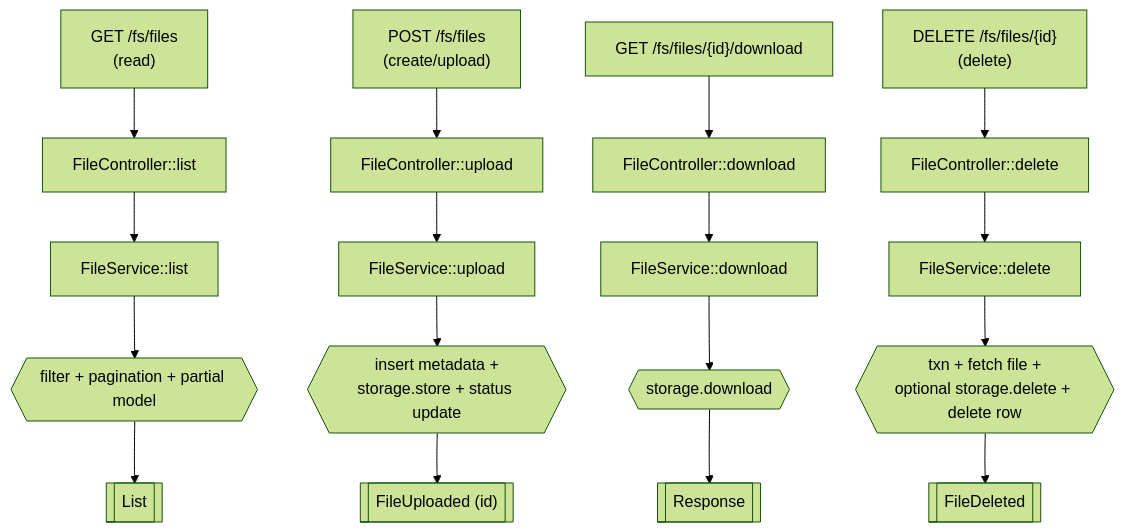
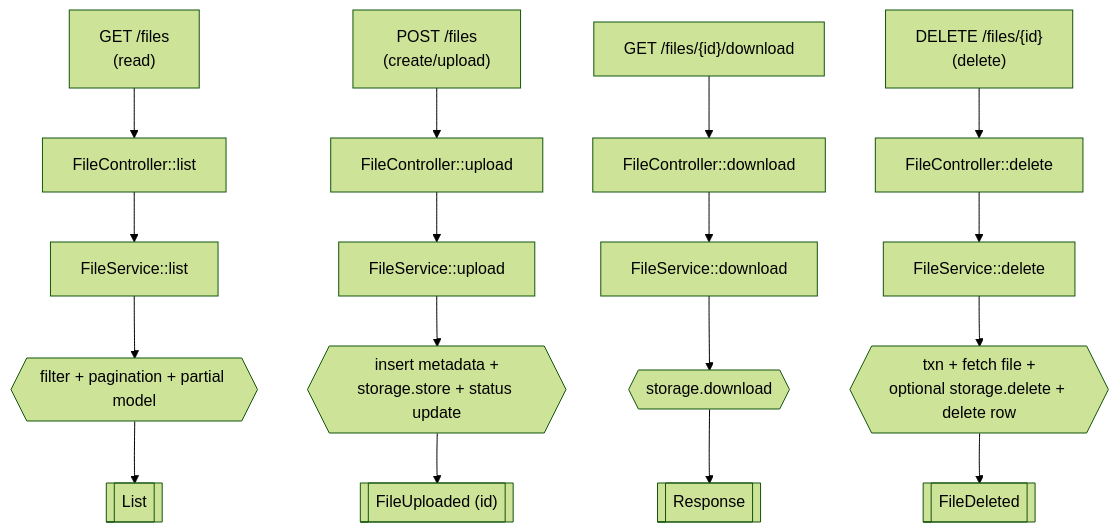
Before and after one commit to ahas/sumida: the seventh of 12 diagrams in README.md, drawn with Mermaid (forest theme). The commit also changed other lines of this file and 3 other files, not shown here.

````diff
--- a/README.md
+++ b/README.md
@@ -278,22 +280,22 @@
 ```mermaid
 graph TD
-  f_get["GET /fs/files<br/>(read)"] --> f_ctrl_list["FileController::list"]
+  f_get["GET /files<br/>(read)"] --> f_ctrl_list["FileController::list"]
   f_ctrl_list --> f_srv_list["FileService::list"]
   f_srv_list --> f_logic_list{{"filter + pagination + partial model"}}
   f_logic_list --> f_ret_list[["List<FileListItem>"]]
 
-  f_post["POST /fs/files<br/>(create/upload)"] --> f_ctrl_upload["FileController::upload"]
+  f_post["POST /files<br/>(create/upload)"] --> f_ctrl_upload["FileController::upload"]
   f_ctrl_upload --> f_srv_upload["FileService::upload"]
   f_srv_upload --> f_logic_upload{{"insert metadata +<br/>storage.store + status update"}}
   f_logic_upload --> f_ret_upload[["FileUploaded (id)"]]
 
-  f_download["GET /fs/files/{id}/download"] --> f_ctrl_download["FileController::download"]
+  f_download["GET /files/{id}/download"] --> f_ctrl_download["FileController::download"]
   f_ctrl_download --> f_srv_download["FileService::download"]
   f_srv_download --> f_logic_download{{"storage.download"}}
   f_logic_download --> f_ret_download[["Response<Body>"]]
 
-  f_delete["DELETE /fs/files/{id}<br/>(delete)"] --> f_ctrl_delete["FileController::delete"]
+  f_delete["DELETE /files/{id}<br/>(delete)"] --> f_ctrl_delete["FileController::delete"]
   f_ctrl_delete --> f_srv_delete["FileService::delete"]
   f_srv_delete --> f_logic_delete{{"txn + fetch file +<br/>optional storage.delete + delete row"}}
   f_logic_delete --> f_ret_delete[["FileDeleted"]]
 ```
````
